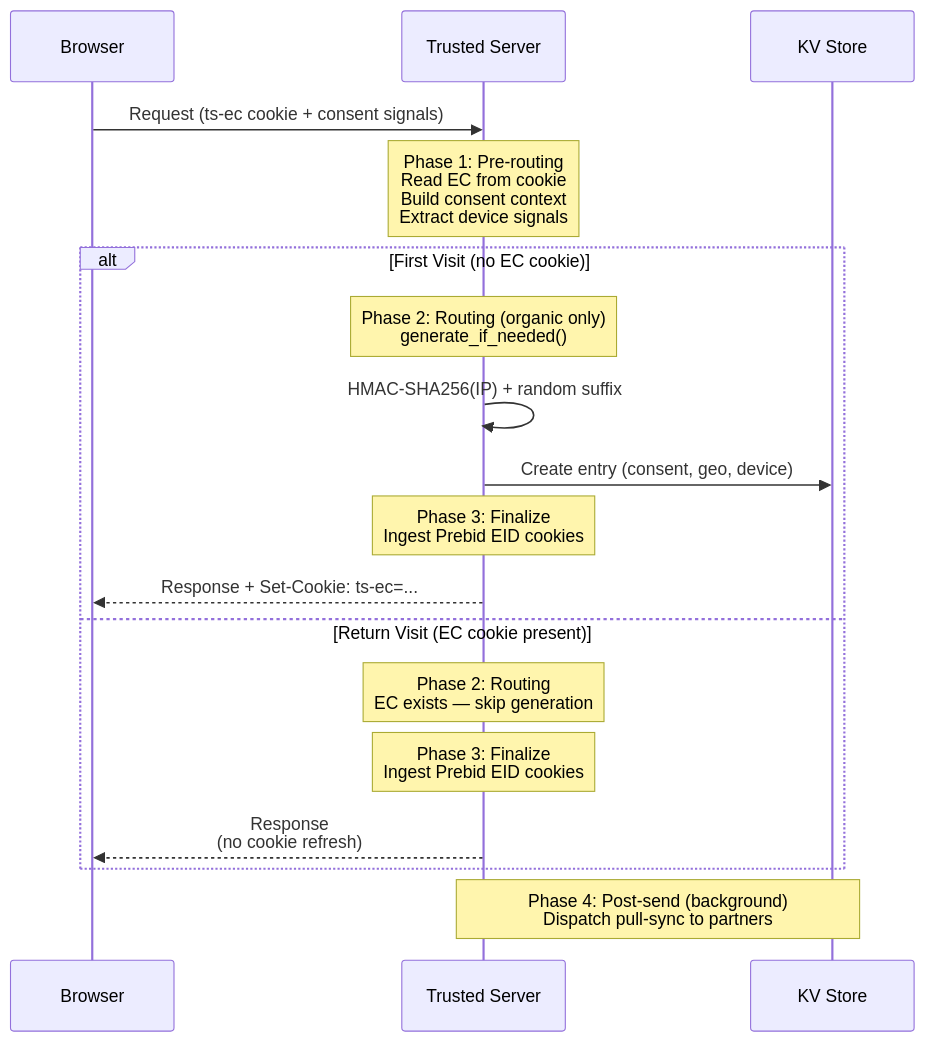
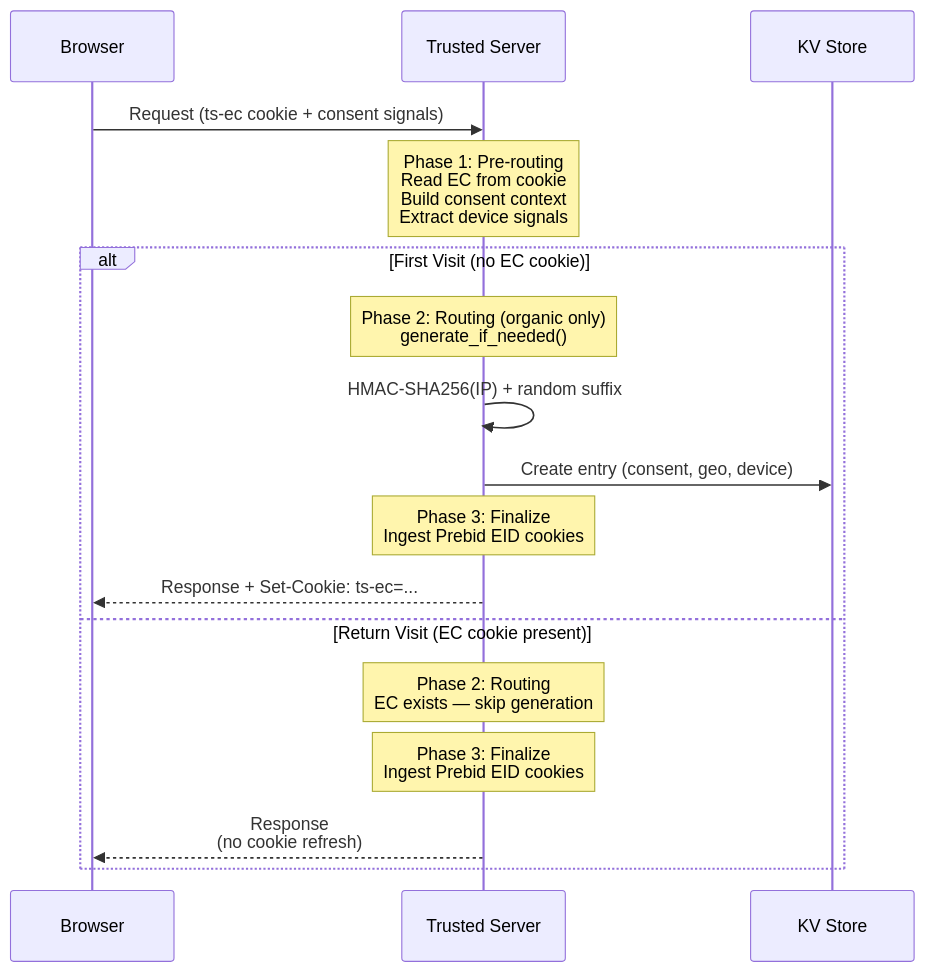
The first of 6 diagrams in docs/guide/edge-cookies.md (IABTechLab/trusted-server), drawn with Mermaid before and after one commit. The commit also changed other lines of this file and 6 other files, not shown here.

````diff
--- a/docs/guide/edge-cookies.md
+++ b/docs/guide/edge-cookies.md
@@ -47,23 +47,22 @@
 ```mermaid
 sequenceDiagram
     participant B as Browser
     participant TS as Trusted Server
     participant KV as KV Store
 
     B->>TS: Request (ts-ec cookie + consent signals)
     Note over TS: Phase 1: Pre-routing<br/>Read EC from cookie<br/>Build consent context<br/>Extract device signals
 
     alt First Visit (no EC cookie)
         Note over TS: Phase 2: Routing (organic only)<br/>generate_if_needed()
         TS->>TS: HMAC-SHA256(IP) + random suffix
         TS->>KV: Create entry (consent, geo, device)
         Note over TS: Phase 3: Finalize<br/>Ingest Prebid EID cookies
         TS-->>B: Response + Set-Cookie: ts-ec=...
     else Return Visit (EC cookie present)
         Note over TS: Phase 2: Routing<br/>EC exists — skip generation
         Note over TS: Phase 3: Finalize<br/>Ingest Prebid EID cookies
         TS-->>B: Response<br/>(no cookie refresh)
     end
 
-    Note over TS,KV: Phase 4: Post-send (background)<br/>Dispatch pull-sync to partners
 ```
````
